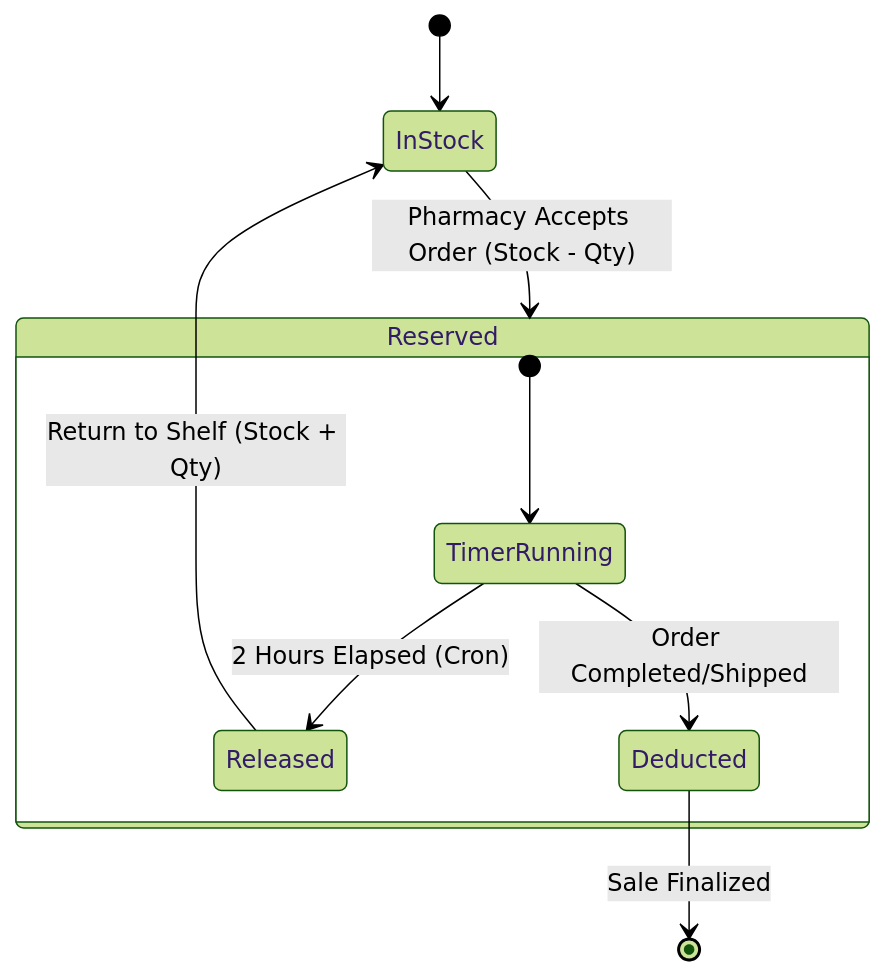
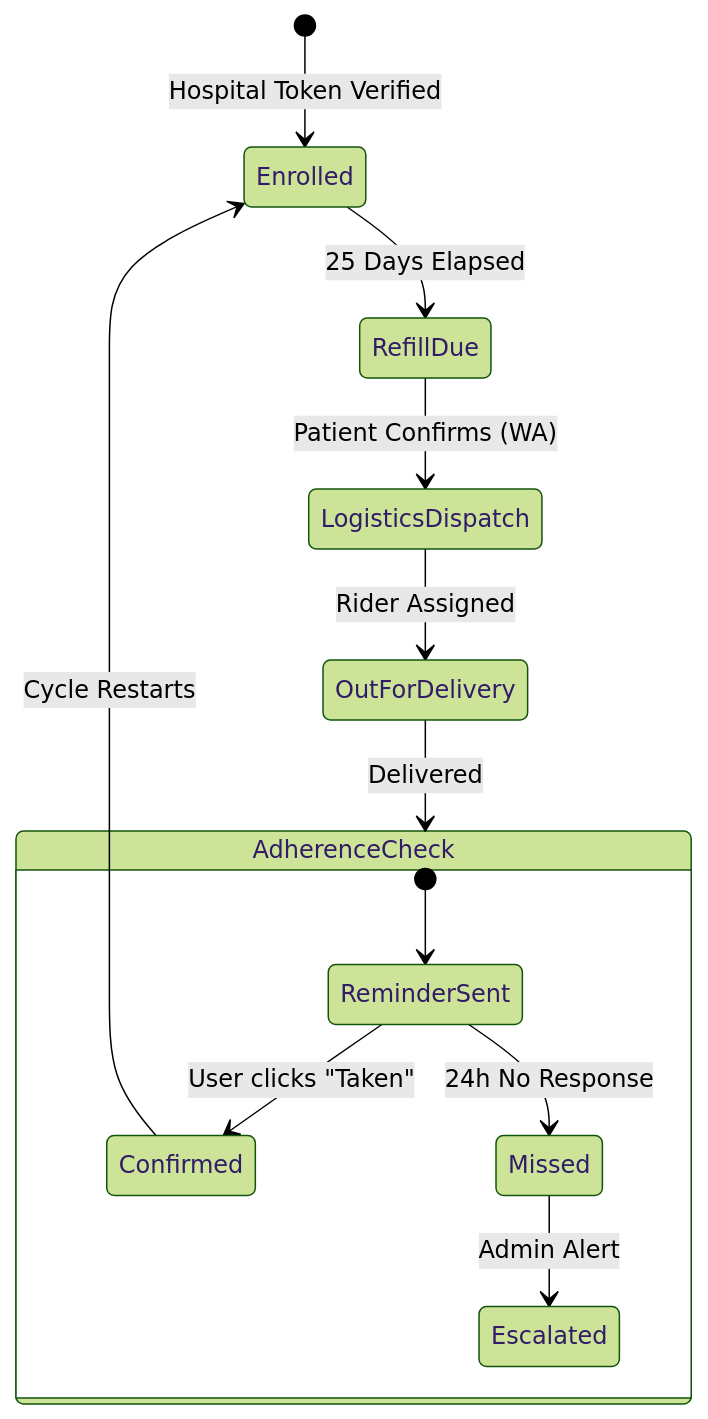
The third of 3 diagrams in docs/technical/SYSTEM_DESIGN.md (naeemAbdul-Aziz/discreetkit), drawn with Mermaid (forest theme) before and after one commit. The commit also changed other lines of this file and 24 other files, not shown here.

````diff
--- a/docs/technical/SYSTEM_DESIGN.md
+++ b/docs/technical/SYSTEM_DESIGN.md
@@ -381,16 +401,18 @@
 ```mermaid
 stateDiagram-v2
-    [*] --> InStock
+    [*] --> Enrolled: Hospital Token Verified
     
-    InStock --> Reserved: Pharmacy Accepts Order (Stock - Qty)
+    Enrolled --> RefillDue: 25 Days Elapsed
+    RefillDue --> LogisticsDispatch: Patient Confirms (WA)
+    LogisticsDispatch --> OutForDelivery: Rider Assigned
     
-    state Reserved {
-        [*] --> TimerRunning
-        TimerRunning --> Released: 2 Hours Elapsed (Cron)
-        TimerRunning --> Deducted: Order Completed/Shipped
+    state AdherenceCheck {
+        [*] --> ReminderSent
+        ReminderSent --> Confirmed: User clicks "Taken"
+        ReminderSent --> Missed: 24h No Response
+        Missed --> Escalated: Admin Alert
     }
     
-    Released --> InStock: Return to Shelf (Stock + Qty)
-    
-    Deducted --> [*]: Sale Finalized
+    OutForDelivery --> AdherenceCheck: Delivered
+    Confirmed --> Enrolled: Cycle Restarts
 ```
````
